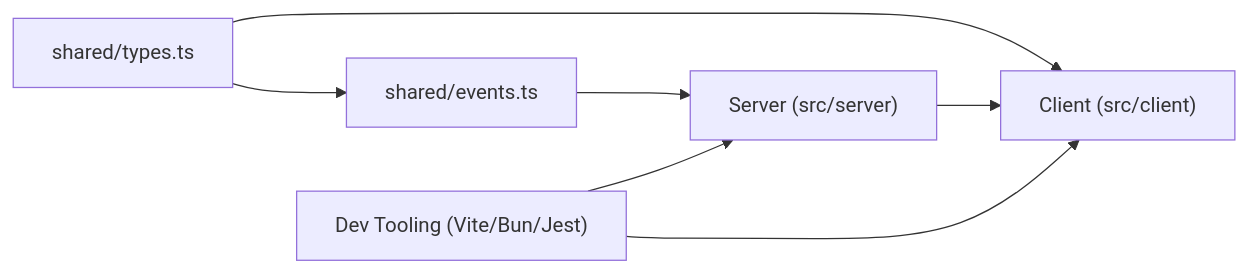
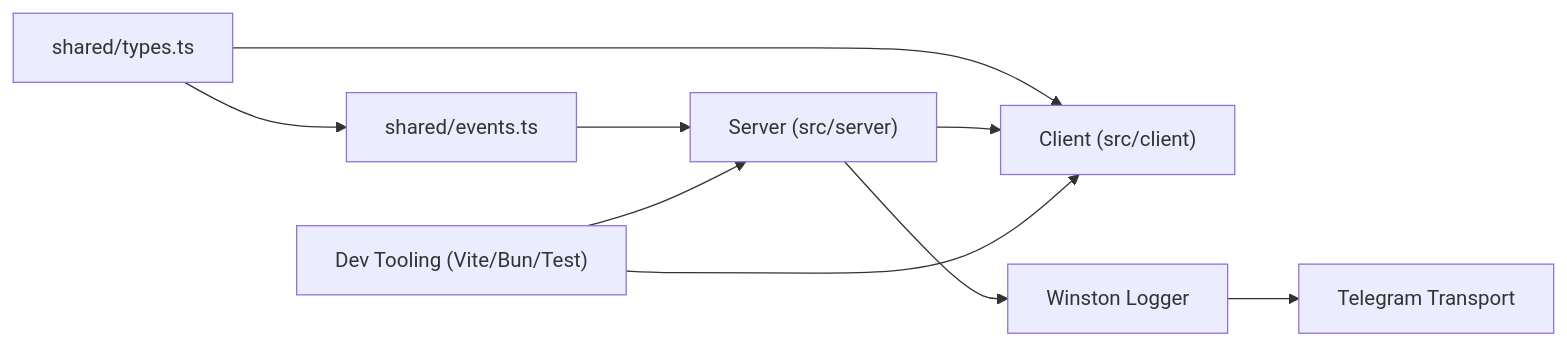
The fifth of 5 diagrams in .qoder/repowiki/en/content/Development Guidelines.md (dkoukoul/escape-room-mvp), drawn with Mermaid before and after one commit. The commit also changed other lines of this file and 21 other files, not shown here.

````diff
--- a/.qoder/repowiki/en/content/Development Guidelines.md
+++ b/.qoder/repowiki/en/content/Development Guidelines.md
@@ -268,9 +366,11 @@
 ```mermaid
 graph LR
 Types["shared/types.ts"] --> Events["shared/events.ts"]
 Events --> Server["Server (src/server)"]
 Types --> Client["Client (src/client)"]
 Server --> Client
-Dev["Dev Tooling (Vite/Bun/Jest)"] --> Server
+Server --> Logger["Winston Logger"]
+Logger --> Telegram["Telegram Transport"]
+Dev["Dev Tooling (Vite/Bun/Test)"] --> Server
 Dev --> Client
 ```
````
